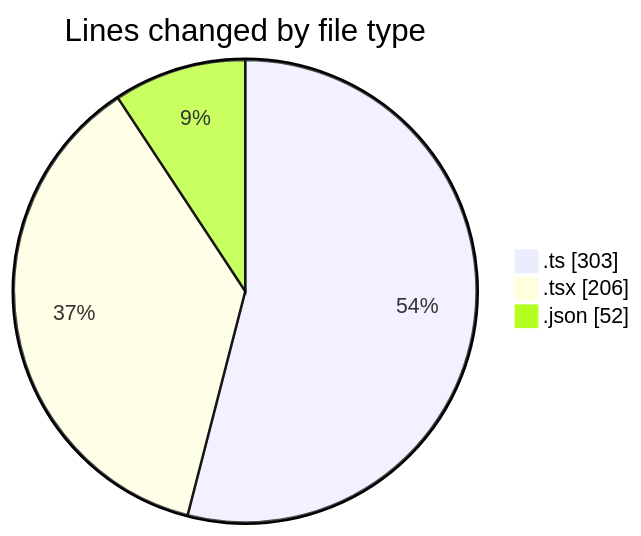
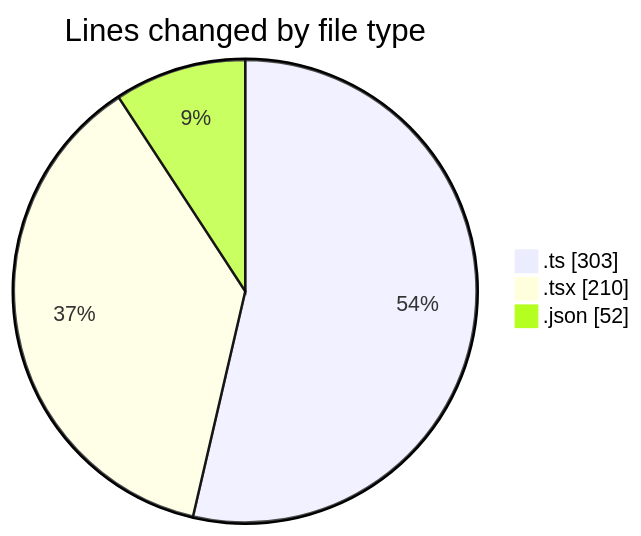
One commit to julien-gomy/code-tracking changed the first of 2 diagrams in 2025-11-24/eventscop-frontend-guide__workspace_/README.md. Above: the diagram before and after it, drawn with Mermaid. The commit also changed other lines of this file and 1 other file, not shown here.

````diff
--- a/2025-11-24/eventscop-frontend-guide__workspace_/README.md
+++ b/2025-11-24/eventscop-frontend-guide__workspace_/README.md
@@ -28,7 +28,7 @@
 ```mermaid
 pie showData
 title Lines changed by file type
 ".ts" : 303
-".tsx" : 206
+".tsx" : 210
 ".json" : 52
 ```
````
